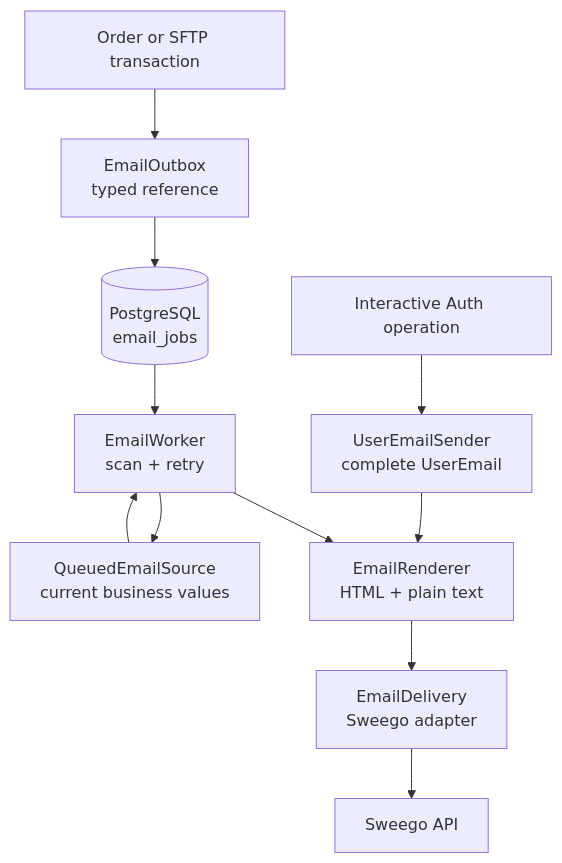
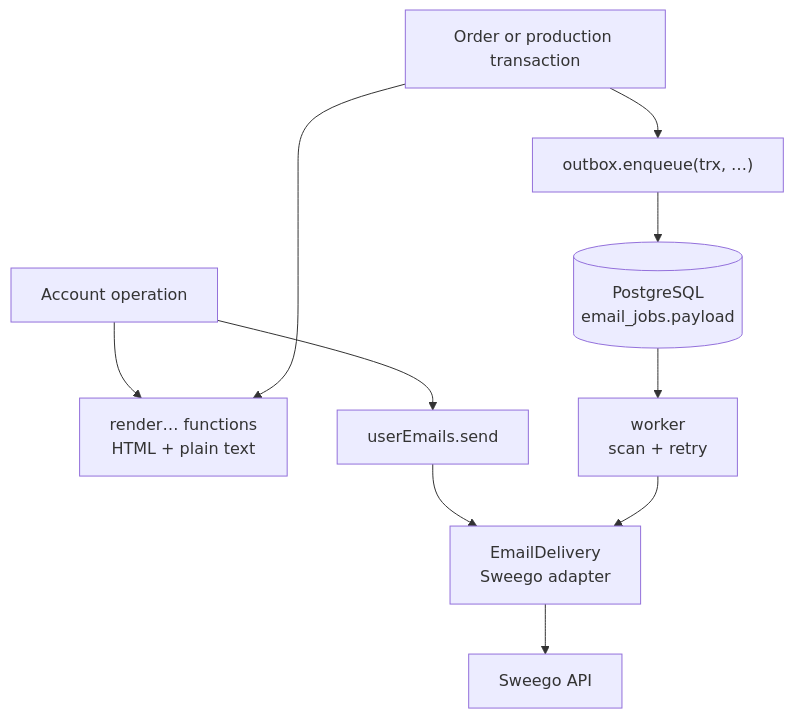
One commit to bitstorm-tech/voenix-shop-kotlin changed the first of 2 diagrams in docs/dev/backend/packages/email-package.md. Above: the diagram before and after it, drawn with Mermaid. The commit also changed other lines of this file and 1061 other files, not shown here.

````diff
--- a/docs/dev/backend/packages/email-package.md
+++ b/docs/dev/backend/packages/email-package.md
@@ -22,20 +26,17 @@
 ```mermaid
 flowchart TB
-    Auth["Interactive Auth operation"]
-    Producer["Order or SFTP transaction"]
-    Direct["UserEmailSender<br/>complete UserEmail"]
-    Outbox["EmailOutbox<br/>typed reference"]
-    Jobs[("PostgreSQL<br/>email_jobs")]
-    Worker["EmailWorker<br/>scan + retry"]
-    Source["QueuedEmailSource<br/>current business values"]
-    Renderer["EmailRenderer<br/>HTML + plain text"]
+    Account["Account operation"]
+    Owner["Order or production transaction"]
+    Render["render… functions<br/>HTML + plain text"]
+    Direct["userEmails.send"]
+    Outbox["outbox.enqueue(trx, …)"]
+    Jobs[("PostgreSQL<br/>email_jobs.payload")]
+    Worker["worker<br/>scan + retry"]
     Delivery["EmailDelivery<br/>Sweego adapter"]
     Sweego["Sweego API"]
 
-    Auth --> Direct --> Renderer
-    Producer --> Outbox --> Jobs
-    Jobs --> Worker
-    Worker --> Source --> Worker
-    Worker --> Renderer
-    Renderer --> Delivery --> Sweego
+    Account --> Render
+    Owner --> Render
+    Account --> Direct --> Delivery
+    Owner --> Outbox --> Jobs --> Worker --> Delivery --> Sweego
 ```
````
